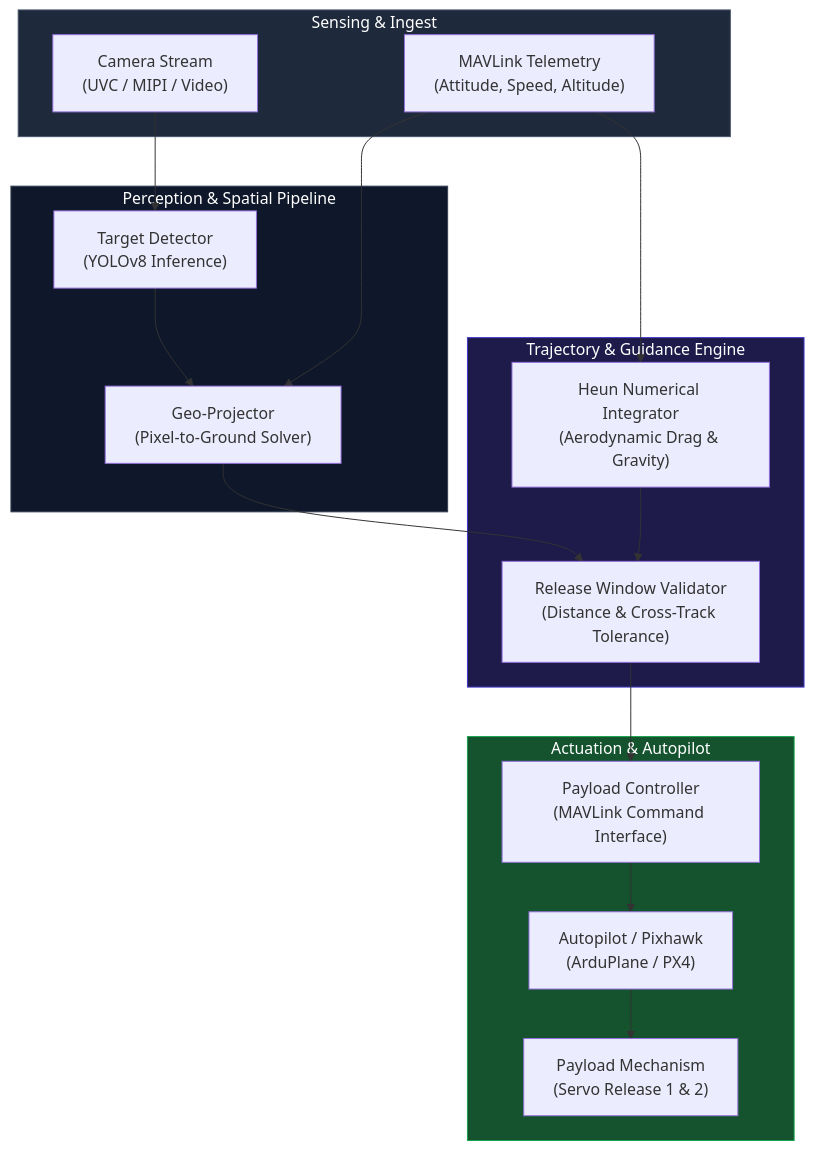
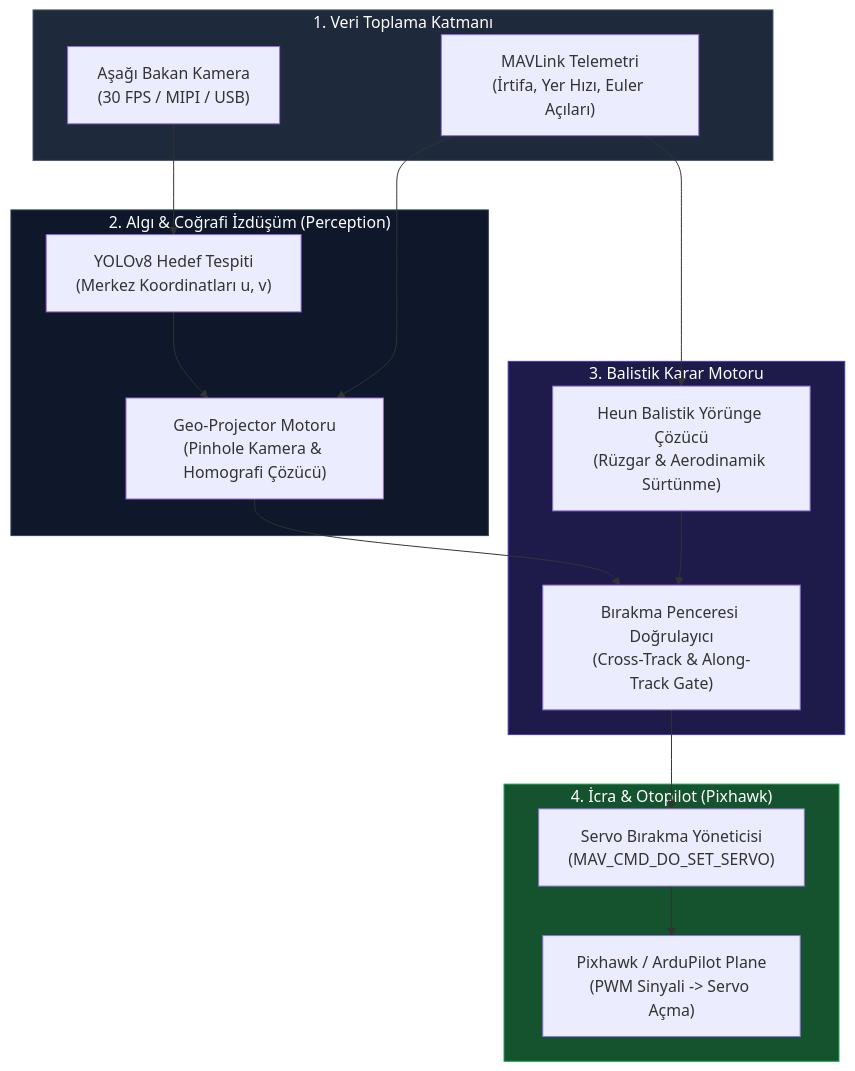
Before and after one commit to emrealtindag/fixedwing-ballistic-drop: the diagram in README.md, drawn with Mermaid. The commit also changed other lines of this file and 3 other files, not shown here.

````diff
--- a/README.md
+++ b/README.md
@@ -76,38 +64,35 @@
 ```mermaid
 flowchart TB
-    subgraph SENSORS["Sensing & Ingest"]
-        CAM["Camera Stream\n(UVC / MIPI / Video)"]
-        TELEM["MAVLink Telemetry\n(Attitude, Speed, Altitude)"]
+    subgraph SENSORS["1. Veri Toplama Katmanı"]
+        CAM["Aşağı Bakan Kamera\n(30 FPS / MIPI / USB)"]
+        TELEM["MAVLink Telemetri\n(İrtifa, Yer Hızı, Euler Açıları)"]
     end
 
-    subgraph PERCEPTION["Perception & Spatial Pipeline"]
-        DET["Target Detector\n(YOLOv8 Inference)"]
-        PROJ["Geo-Projector\n(Pixel-to-Ground Solver)"]
-        CAM --> DET
-        DET --> PROJ
-        TELEM --> PROJ
+    subgraph PERCEPTION["2. Algı & Coğrafi İzdüşüm (Perception)"]
+        YOLO["YOLOv8 Hedef Tespiti\n(Merkez Koordinatları u, v)"]
+        GEO["Geo-Projector Motoru\n(Pinhole Kamera & Homografi Çözücü)"]
+        CAM --> YOLO
+        YOLO --> GEO
+        TELEM --> GEO
     end
 
-    subgraph BALLISTICS["Trajectory & Guidance Engine"]
-        HEUN["Heun Numerical Integrator\n(Aerodynamic Drag & Gravity)"]
-        DROP_LOGIC["Release Window Validator\n(Distance & Cross-Track Tolerance)"]
+    subgraph BALLISTICS["3. Balistik Karar Motoru"]
+        HEUN["Heun Balistik Yörünge Çözücü\n(Rüzgar & Aerodinamik Sürtünme)"]
+        GATE["Bırakma Penceresi Doğrulayıcı\n(Cross-Track & Along-Track Gate)"]
         TELEM --> HEUN
-        PROJ --> DROP_LOGIC
-        HEUN --> DROP_LOGIC
+        GEO --> GATE
+        HEUN --> GATE
     end
 
-    subgraph ACTUATION["Actuation & Autopilot"]
-        CTRL["Payload Controller\n(MAVLink Command Interface)"]
-        AP["Autopilot / Pixhawk\n(ArduPlane / PX4)"]
-        SERVO["Payload Mechanism\n(Servo Release 1 & 2)"]
-
-        DROP_LOGIC --> CTRL
-        CTRL --> AP
-        AP --> SERVO
+    subgraph ACTUATION["4. İcra & Otopilot (Pixhawk)"]
+        CTRL["Servo Bırakma Yöneticisi\n(MAV_CMD_DO_SET_SERVO)"]
+        PIXHAWK["Pixhawk / ArduPilot Plane\n(PWM Sinyali -> Servo Açma)"]
+        GATE --> CTRL
+        CTRL --> PIXHAWK
     end
 
     style SENSORS fill:#1e293b,stroke:#475569,color:#fff
     style PERCEPTION fill:#0f172a,stroke:#334155,color:#fff
     style BALLISTICS fill:#1e1b4b,stroke:#4338ca,color:#fff
     style ACTUATION fill:#14532d,stroke:#16a34a,color:#fff
 ```
````
